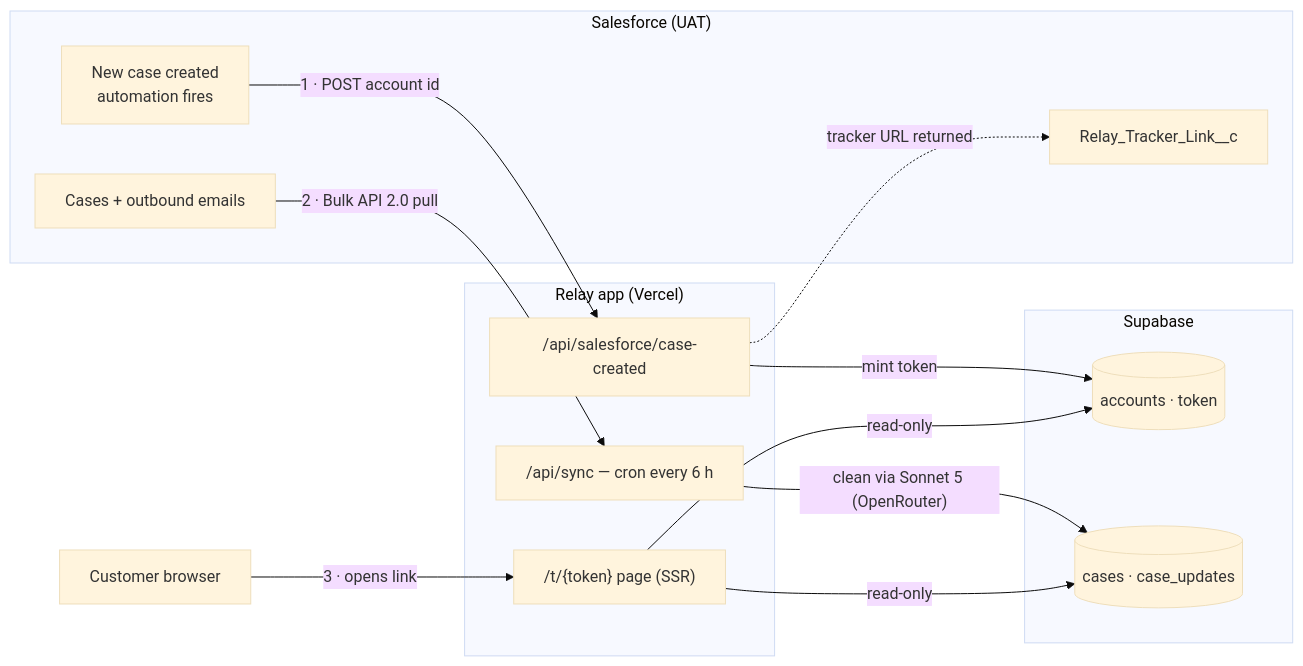
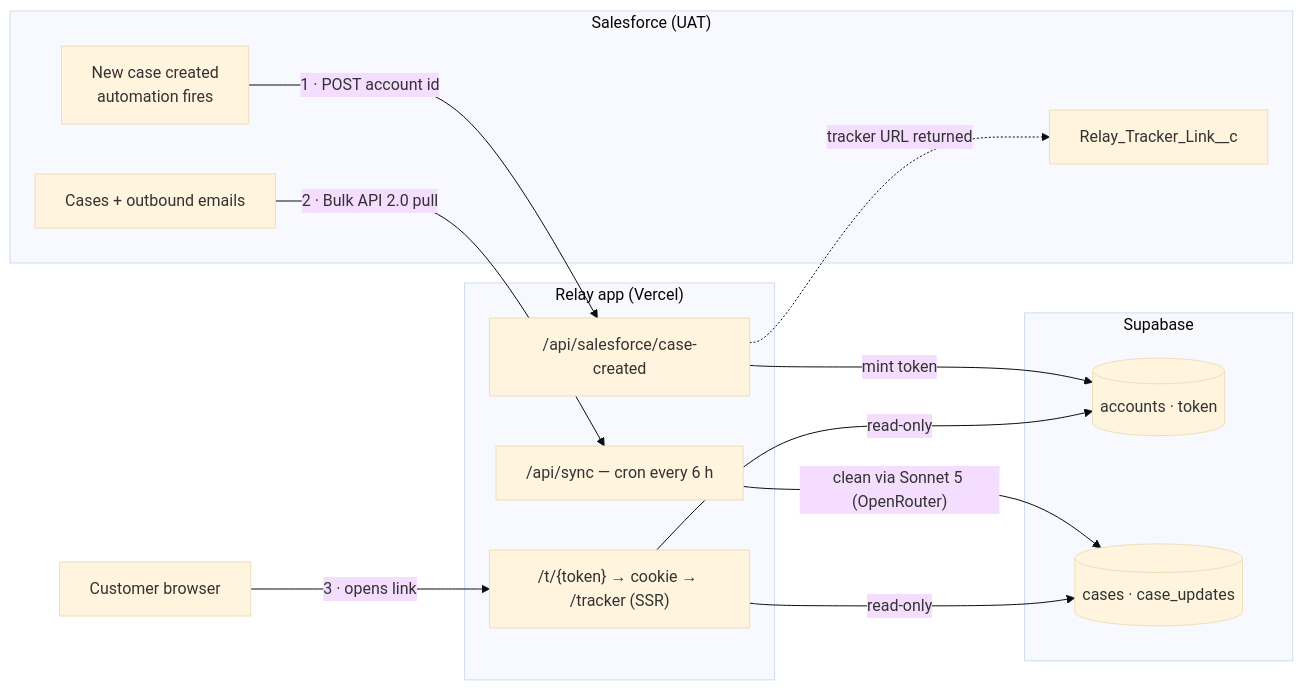
The diagram in README.md (hamza-saraswat-fp/relay), drawn with Mermaid (base theme) before and after one commit. The commit also changed other lines of this file and 16 other files, not shown here.

````diff
--- a/README.md
+++ b/README.md
@@ -13,25 +13,25 @@
 ```mermaid
 flowchart LR
   subgraph SF["Salesforce (UAT)"]
     A[New case created<br/>automation fires]
     D[Cases + outbound emails]
     F[Relay_Tracker_Link__c]
   end
   subgraph V["Relay app (Vercel)"]
     B["/api/salesforce/case-created"]
     E["/api/sync — cron every 6 h"]
-    P["/t/{token} page (SSR)"]
+    P["/t/{token} → cookie → /tracker (SSR)"]
   end
   subgraph DB["Supabase"]
     T[(accounts · token)]
     C[(cases · case_updates)]
   end
   A -- "1 · POST account id" --> B
   B -- mint token --> T
   B -. "tracker URL returned" .-> F
   D -- "2 · Bulk API 2.0 pull" --> E
   E -- "clean via Sonnet 5 (OpenRouter)" --> C
   U[Customer browser] -- "3 · opens link" --> P
   P -- read-only --> T
   P -- read-only --> C
 ```
````
